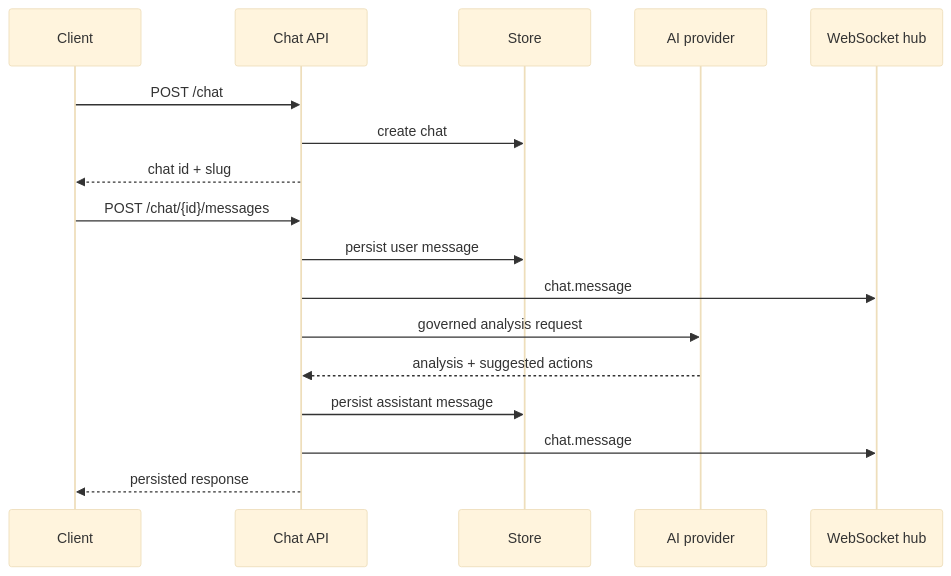
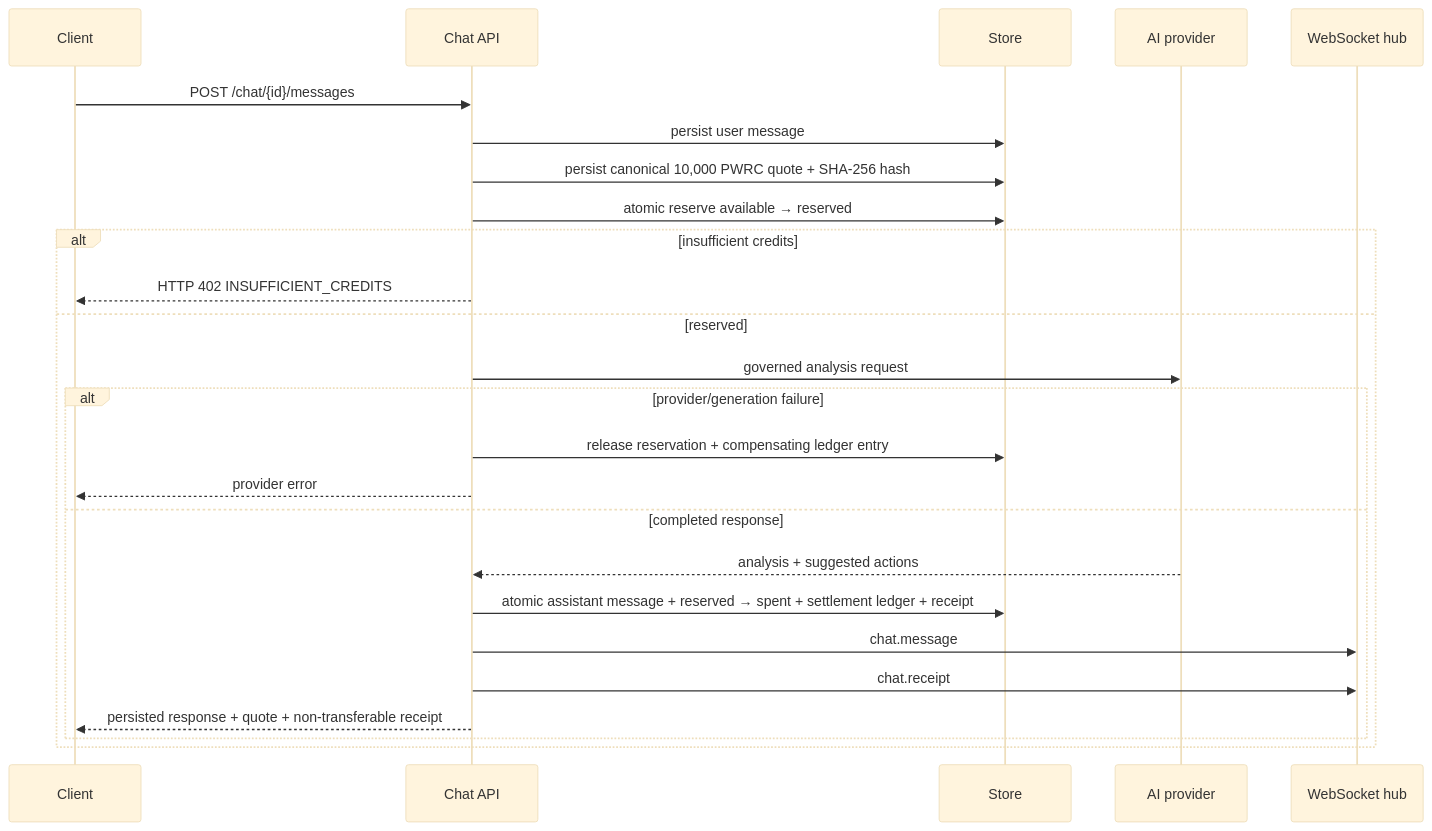
The second of 3 diagrams in docs/FLOWS.md (powerchain-protocol/capilot-saas-platform), drawn with Mermaid (base theme) before and after one commit. The commit also changed other lines of this file and 71 other files, not shown here.

````diff
--- a/docs/FLOWS.md
+++ b/docs/FLOWS.md
@@ -24,19 +24,27 @@
 ```mermaid
 sequenceDiagram
   participant C as Client
   participant API as Chat API
   participant DB as Store
   participant AI as AI provider
   participant WS as WebSocket hub
-  C->>API: POST /chat
-  API->>DB: create chat
-  API-->>C: chat id + slug
   C->>API: POST /chat/{id}/messages
   API->>DB: persist user message
-  API->>WS: chat.message
-  API->>AI: governed analysis request
-  AI-->>API: analysis + suggested actions
-  API->>DB: persist assistant message
-  API->>WS: chat.message
-  API-->>C: persisted response
+  API->>DB: persist canonical 10,000 PWRC quote + SHA-256 hash
+  API->>DB: atomic reserve available → reserved
+  alt insufficient credits
+    API-->>C: HTTP 402 INSUFFICIENT_CREDITS
+  else reserved
+    API->>AI: governed analysis request
+    alt provider/generation failure
+      API->>DB: release reservation + compensating ledger entry
+      API-->>C: provider error
+    else completed response
+      AI-->>API: analysis + suggested actions
+      API->>DB: atomic assistant message + reserved → spent + settlement ledger + receipt
+      API->>WS: chat.message
+      API->>WS: chat.receipt
+      API-->>C: persisted response + quote + non-transferable receipt
+    end
+  end
 ```
````
